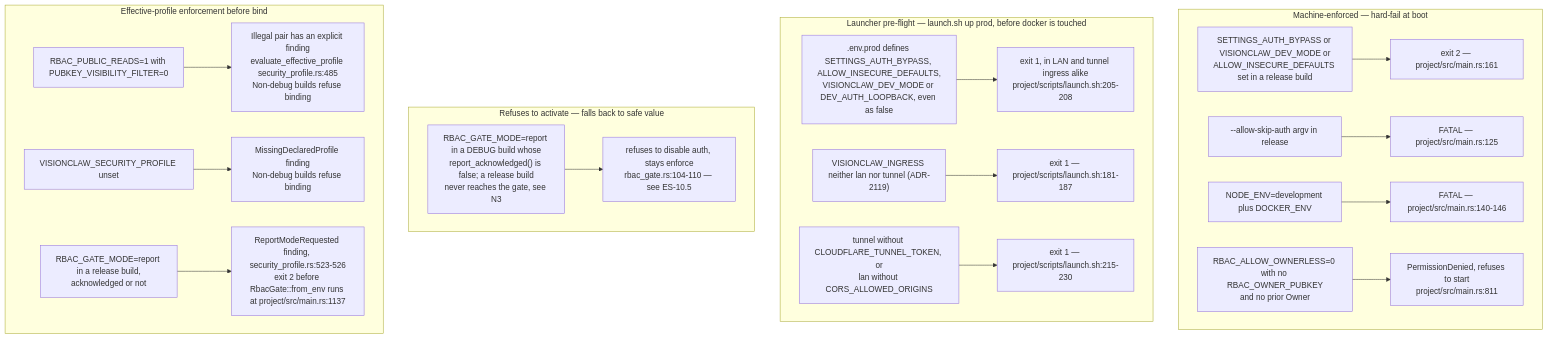
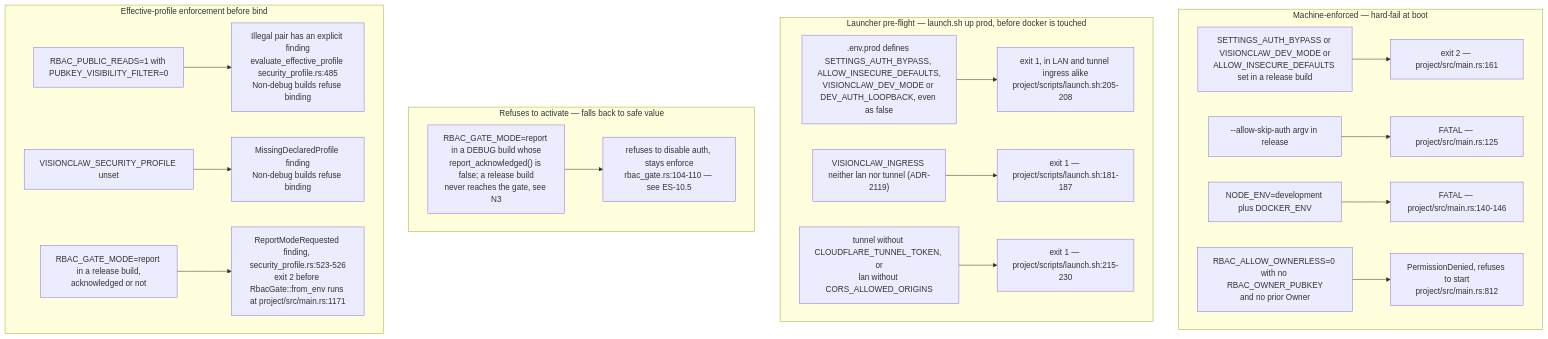
The fourth of 11 diagrams in docs/diagrams/estate/10-deployment-and-security-profiles.md (DreamLab-AI/VisionFlow), drawn with Mermaid before and after one commit. The commit also changed other lines of this file and 49 other files, not shown here.

First line of the commit message:
docs(diagrams): re-derive and re-stamp VisionClaw, estate, knowledge-graph, visionGraph, VisionFlow and sidestr topics

````diff
--- a/docs/diagrams/estate/10-deployment-and-security-profiles.md
+++ b/docs/diagrams/estate/10-deployment-and-security-profiles.md
@@ -181,45 +181,45 @@
 ```mermaid
 flowchart TB
     subgraph hard["Machine-enforced — hard-fail at boot"]
         H1["SETTINGS_AUTH_BYPASS or VISIONCLAW_DEV_MODE or<br/>ALLOW_INSECURE_DEFAULTS set in a release build"]
         H1E["exit 2 — project/src/main.rs:161"]
         H2["--allow-skip-auth argv in release"]
         H2E["FATAL — project/src/main.rs:125"]
         H3["NODE_ENV=development plus DOCKER_ENV"]
         H3E["FATAL — project/src/main.rs:140-146"]
         H4["RBAC_ALLOW_OWNERLESS=0 with no RBAC_OWNER_PUBKEY<br/>and no prior Owner"]
-        H4E["PermissionDenied, refuses to start<br/>project/src/main.rs:811"]
+        H4E["PermissionDenied, refuses to start<br/>project/src/main.rs:812"]
     end
     subgraph launcher["Launcher pre-flight — launch.sh up prod, before docker is touched"]
         P1[".env.prod defines SETTINGS_AUTH_BYPASS, ALLOW_INSECURE_DEFAULTS,<br/>VISIONCLAW_DEV_MODE or DEV_AUTH_LOOPBACK, even as false"]
         P1E["exit 1, in LAN and tunnel ingress alike<br/>project/scripts/launch.sh:205-208"]
         P2["VISIONCLAW_INGRESS neither lan nor tunnel (ADR-2119)"]
         P2E["exit 1 — project/scripts/launch.sh:181-187"]
         P3["tunnel without CLOUDFLARE_TUNNEL_TOKEN, or<br/>lan without CORS_ALLOWED_ORIGINS"]
         P3E["exit 1 — project/scripts/launch.sh:215-230"]
     end
     subgraph soft["Refuses to activate — falls back to safe value"]
         S1["RBAC_GATE_MODE=report in a DEBUG build whose<br/>report_acknowledged() is false; a release build<br/>never reaches the gate, see N3"]
         S1E["refuses to disable auth, stays enforce<br/>rbac_gate.rs:104-110 — see ES-10.5"]
     end
     subgraph none["Effective-profile enforcement before bind"]
         N1["RBAC_PUBLIC_READS=1 with PUBKEY_VISIBILITY_FILTER=0"]
         N1E["Illegal pair has an explicit finding<br/>evaluate_effective_profile security_profile.rs:485<br/>Non-debug builds refuse binding"]
         N2["VISIONCLAW_SECURITY_PROFILE unset"]
         N2E["MissingDeclaredProfile finding<br/>Non-debug builds refuse binding"]
         N3["RBAC_GATE_MODE=report in a release build,<br/>acknowledged or not"]
-        N3E["ReportModeRequested finding, security_profile.rs:523-526<br/>exit 2 before RbacGate::from_env runs at project/src/main.rs:1137"]
+        N3E["ReportModeRequested finding, security_profile.rs:523-526<br/>exit 2 before RbacGate::from_env runs at project/src/main.rs:1171"]
     end
 
     H1 --> H1E
     H2 --> H2E
     H3 --> H3E
     H4 --> H4E
     S1 --> S1E
     P1 --> P1E
     P2 --> P2E
     P3 --> P3E
     N1 --> N1E
     N2 --> N2E
     N3 --> N3E
 ```
````
